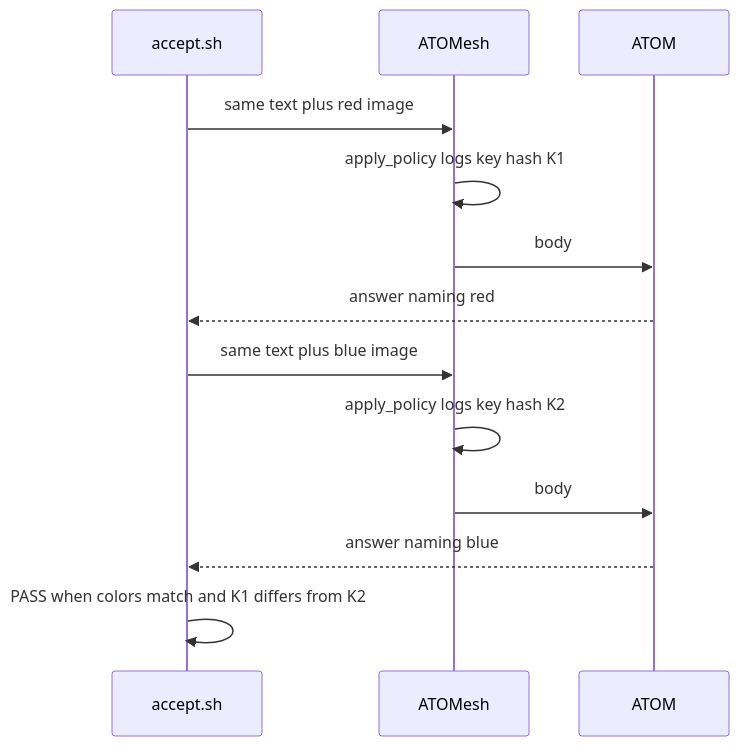
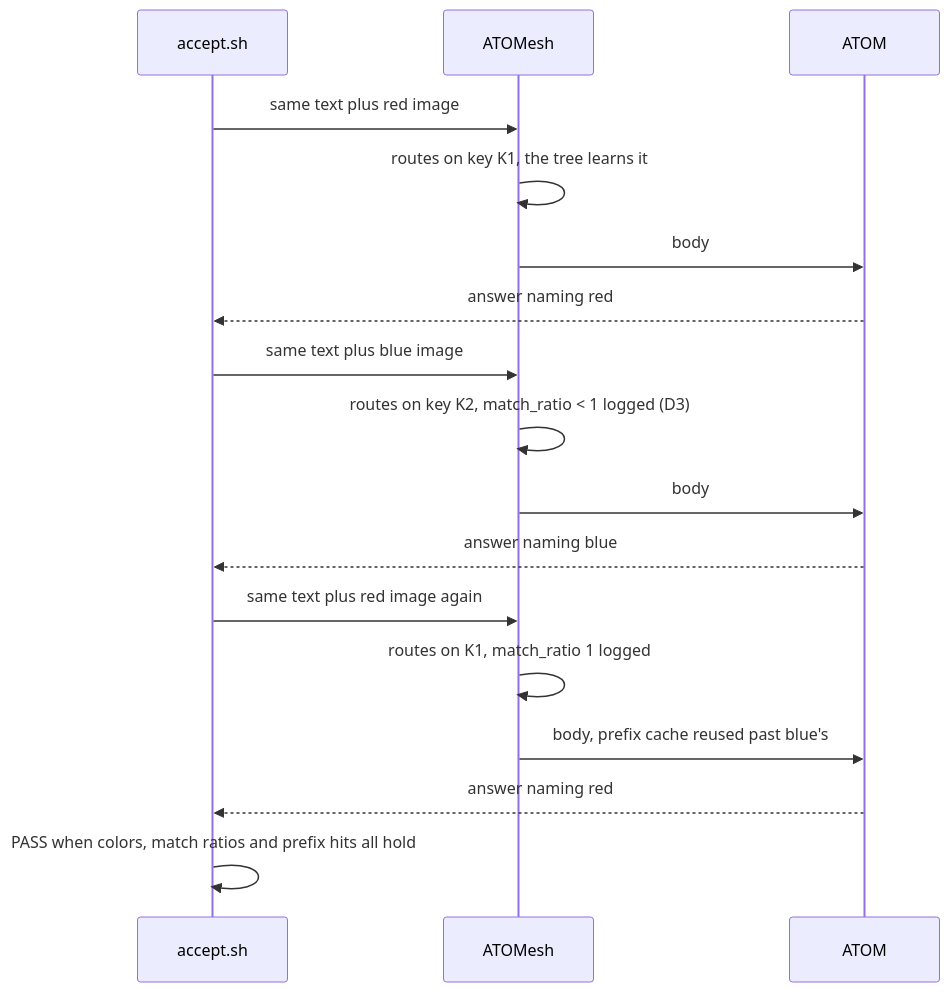
The second of 6 diagrams in docs/atomesh_multimodal_epd.md (ROCm/ATOM), drawn with Mermaid before and after one commit. The commit also changed other lines of this file and 1 other file, not shown here.

````diff
--- a/docs/atomesh_multimodal_epd.md
+++ b/docs/atomesh_multimodal_epd.md
@@ -44,15 +82,19 @@
 ```mermaid
 sequenceDiagram
     participant H as accept.sh
     participant M as ATOMesh
     participant A as ATOM
     H->>M: same text plus red image
-    M->>M: apply_policy logs key hash K1
+    M->>M: routes on key K1, the tree learns it
     M->>A: body
     A-->>H: answer naming red
     H->>M: same text plus blue image
-    M->>M: apply_policy logs key hash K2
+    M->>M: routes on key K2, match_ratio < 1 logged (D3)
     M->>A: body
     A-->>H: answer naming blue
-    H->>H: PASS when colors match and K1 differs from K2
+    H->>M: same text plus red image again
+    M->>M: routes on K1, match_ratio 1 logged
+    M->>A: body, prefix cache reused past blue's
+    A-->>H: answer naming red
+    H->>H: PASS when colors, match ratios and prefix hits all hold
 ```
````
